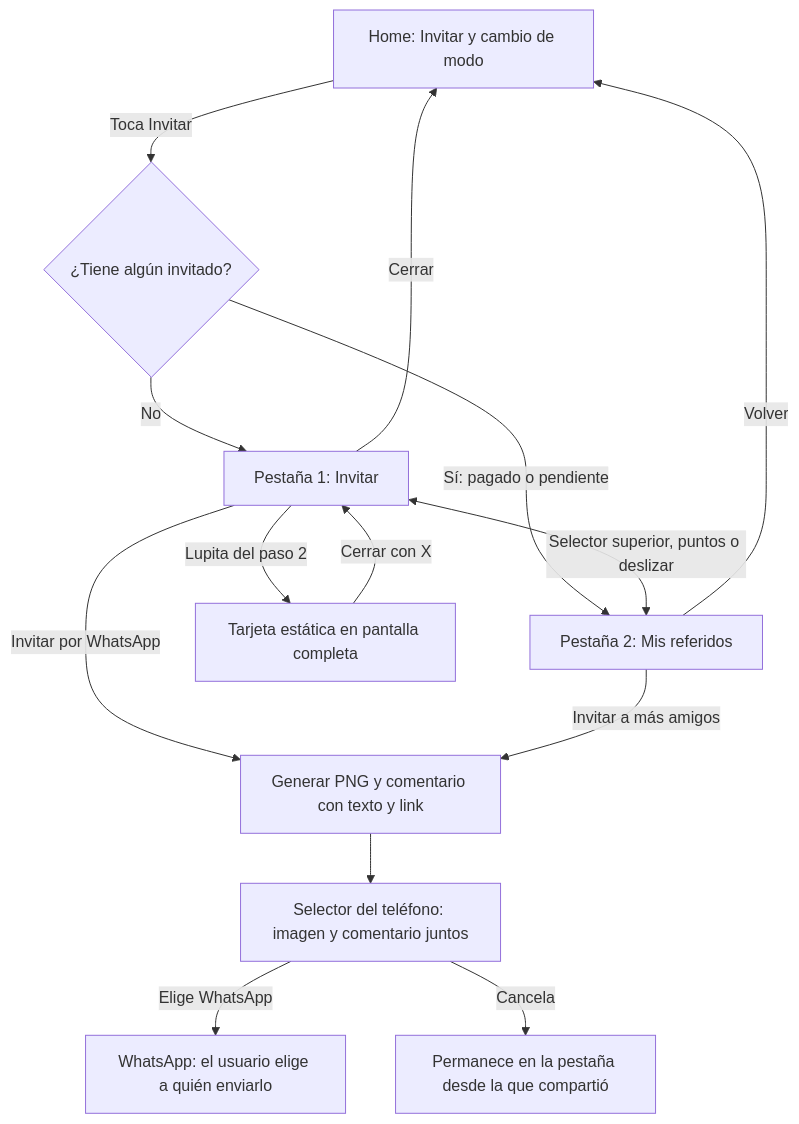
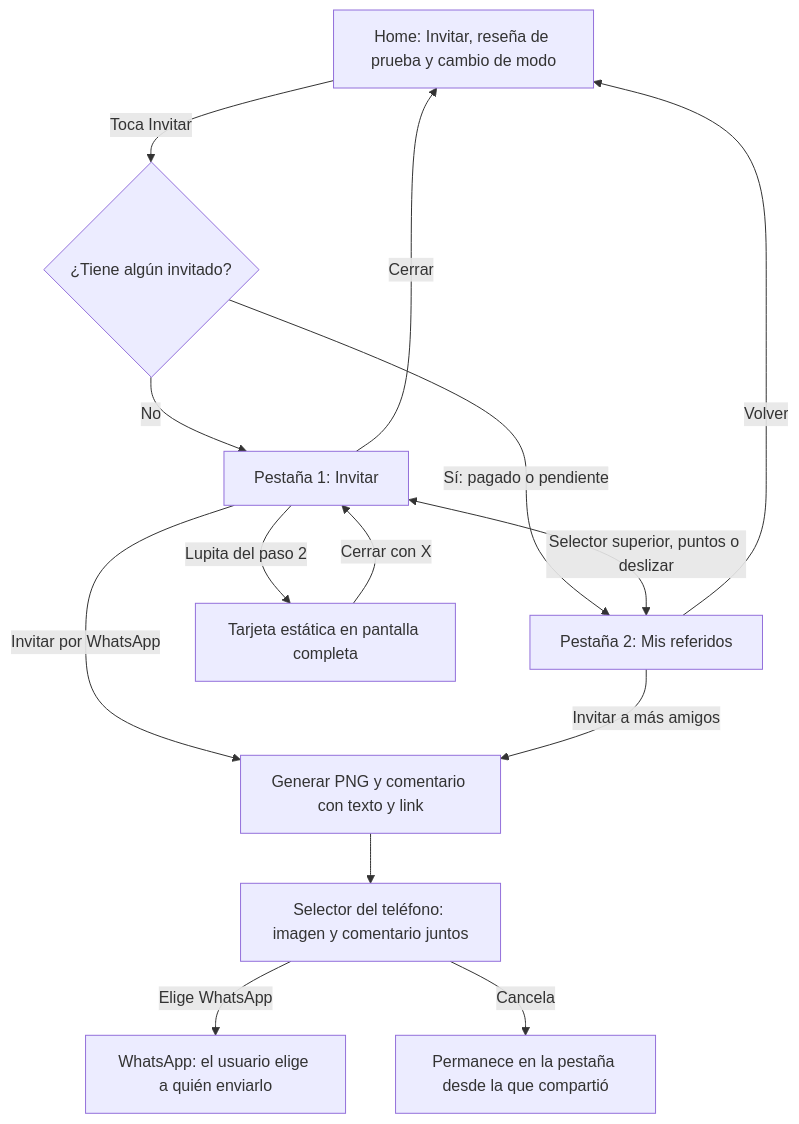
One commit to oscarmiranda90/tuturno-referidos-mini changed the first of 2 diagrams in README.md. Above: the diagram before and after it, drawn with Mermaid. The commit also changed other lines of this file and 12 other files, not shown here.

Commit message:
Expose review flow from demo Home and ship Android APK 1.0.1

````diff
--- a/README.md
+++ b/README.md
@@ -73,16 +78,16 @@
 ```mermaid
 flowchart TD
-    H["Home: Invitar y cambio de modo"] -->|Toca Invitar| C{"¿Tiene algún invitado?"}
+    H["Home: Invitar, reseña de prueba y cambio de modo"] -->|Toca Invitar| C{"¿Tiene algún invitado?"}
     C -->|No| I["Pestaña 1: Invitar"]
     C -->|Sí: pagado o pendiente| R["Pestaña 2: Mis referidos"]
     I <-->|Selector superior, puntos o deslizar| R["Pestaña 2: Mis referidos"]
     I -->|Lupita del paso 2| P["Tarjeta estática en pantalla completa"]
     P -->|Cerrar con X| I
     I -->|Invitar por WhatsApp| G["Generar PNG y comentario con texto y link"]
     R -->|Invitar a más amigos| G
     G --> S["Selector del teléfono: imagen y comentario juntos"]
     S -->|Elige WhatsApp| W["WhatsApp: el usuario elige a quién enviarlo"]
     S -->|Cancela| V["Permanece en la pestaña desde la que compartió"]
     I -->|Cerrar| H
     R -->|Volver| H
 ```
````
